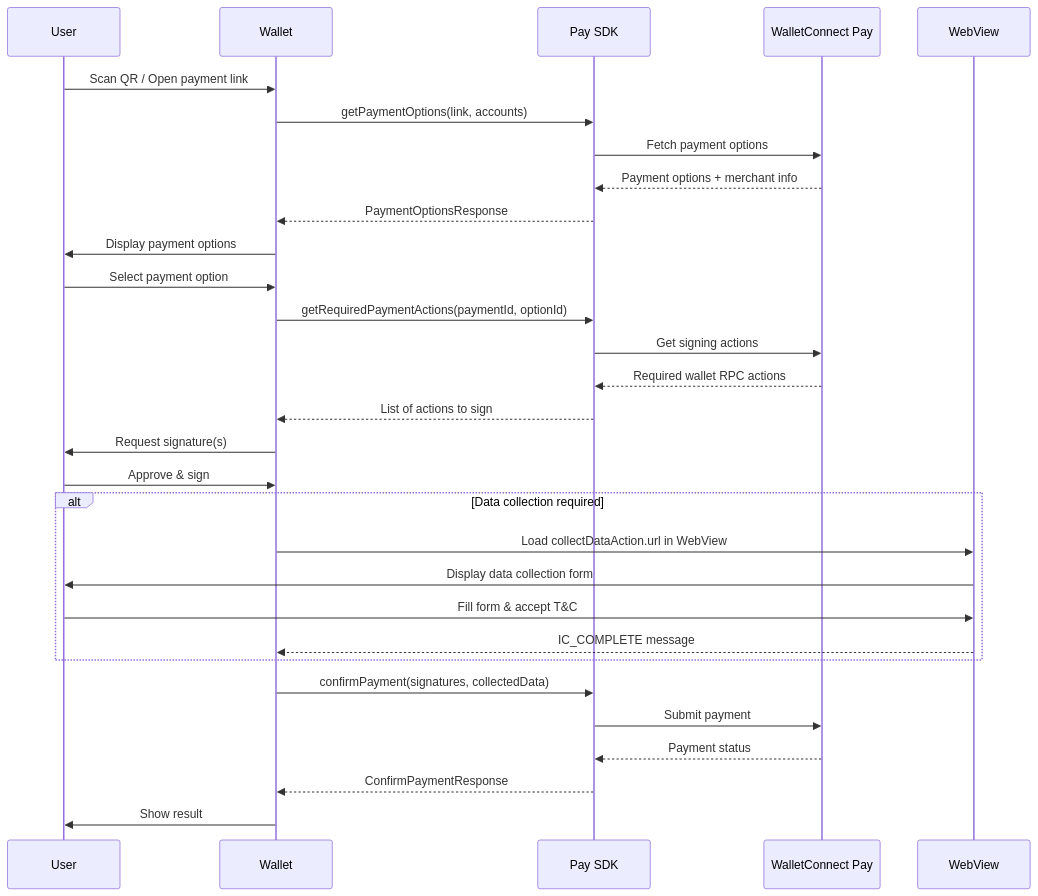
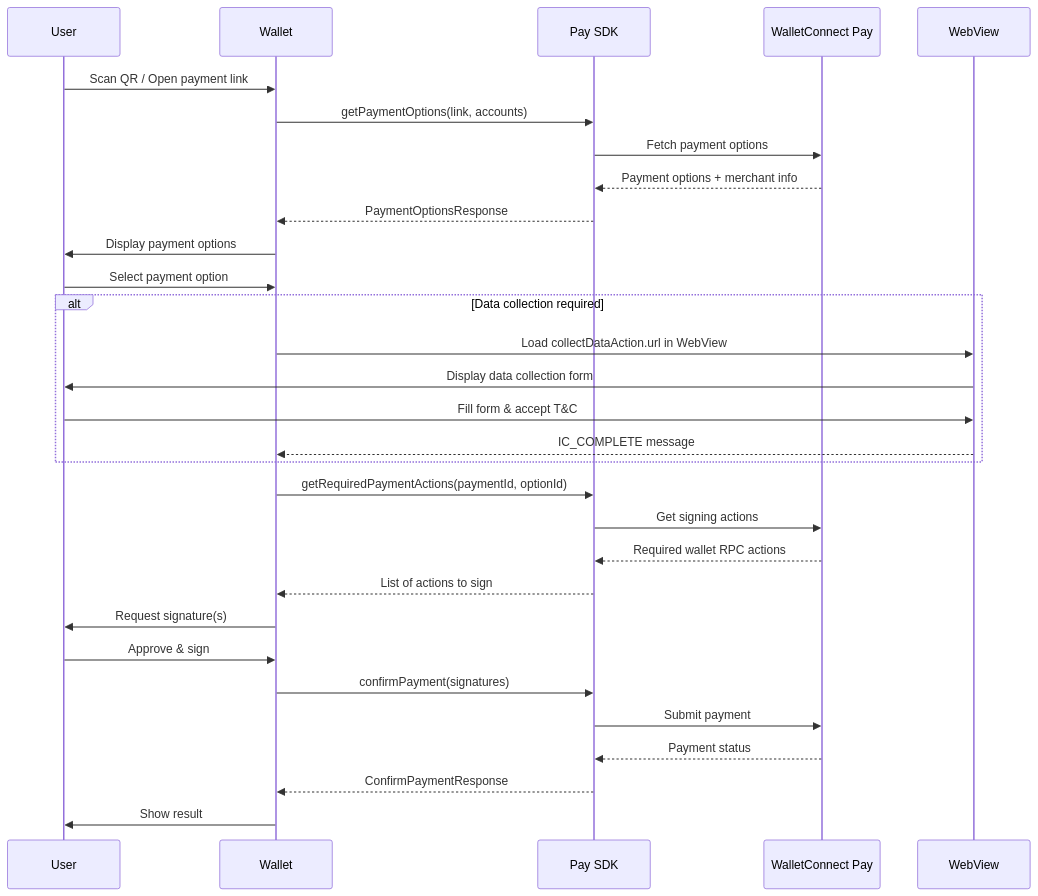
The diagram in payments/wallets/standalone/flutter.mdx (WalletConnect/docs), drawn with Mermaid before and after one commit. The commit also changed other lines of this file and 14 other files, not shown here.

First line of the commit message:
fix(wallets): capture Information Capture before /fetch in payment flow

````diff
--- a/payments/wallets/standalone/flutter.mdx
+++ b/payments/wallets/standalone/flutter.mdx
@@ -109,37 +109,38 @@
 ```mermaid
 sequenceDiagram
     participant User
     participant Wallet
     participant PaySDK as Pay SDK
     participant Backend as WalletConnect Pay
     participant WebView
 
     User->>Wallet: Scan QR / Open payment link
     Wallet->>PaySDK: getPaymentOptions(link, accounts)
     PaySDK->>Backend: Fetch payment options
     Backend-->>PaySDK: Payment options + merchant info
     PaySDK-->>Wallet: PaymentOptionsResponse
     Wallet->>User: Display payment options
 
     User->>Wallet: Select payment option
+
+    alt Data collection required
+        Wallet->>WebView: Load collectDataAction.url in WebView
+        WebView->>User: Display data collection form
+        User->>WebView: Fill form & accept T&C
+        WebView-->>Wallet: IC_COMPLETE message
+    end
+
     Wallet->>PaySDK: getRequiredPaymentActions(paymentId, optionId)
     PaySDK->>Backend: Get signing actions
     Backend-->>PaySDK: Required wallet RPC actions
     PaySDK-->>Wallet: List of actions to sign
 
     Wallet->>User: Request signature(s)
     User->>Wallet: Approve & sign
 
-    alt Data collection required
-        Wallet->>WebView: Load collectDataAction.url in WebView
-        WebView->>User: Display data collection form
-        User->>WebView: Fill form & accept T&C
-        WebView-->>Wallet: IC_COMPLETE message
-    end
-
-    Wallet->>PaySDK: confirmPayment(signatures, collectedData)
+    Wallet->>PaySDK: confirmPayment(signatures)
     PaySDK->>Backend: Submit payment
     Backend-->>PaySDK: Payment status
     PaySDK-->>Wallet: ConfirmPaymentResponse
     Wallet->>User: Show result
 ```
````
